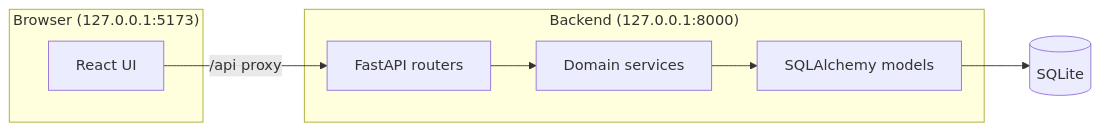
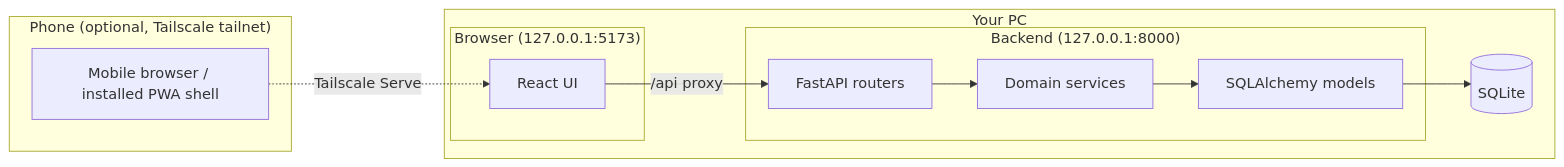
Before and after one commit to WUBBBZZZ/planforge: the diagram in README.md, drawn with Mermaid. The commit also changed other lines of this file, not shown here.

````diff
--- a/README.md
+++ b/README.md
@@ -15,17 +51,23 @@
 ```mermaid
 flowchart LR
-  subgraph browser["Browser (127.0.0.1:5173)"]
-    UI[React UI]
+  subgraph phone["Phone (optional, Tailscale tailnet)"]
+    MobileUI[Mobile browser / installed PWA shell]
   end
-  subgraph api["Backend (127.0.0.1:8000)"]
-    Routes[FastAPI routers]
-    Services[Domain services]
-    ORM[SQLAlchemy models]
+  subgraph desktop["Your PC"]
+    subgraph browser["Browser (127.0.0.1:5173)"]
+      UI[React UI]
+    end
+    subgraph api["Backend (127.0.0.1:8000)"]
+      Routes[FastAPI routers]
+      Services[Domain services]
+      ORM[SQLAlchemy models]
+    end
+    DB[(SQLite)]
   end
-  DB[(SQLite)]
 
+  MobileUI -.->|Tailscale Serve| UI
   UI -->|"/api proxy"| Routes
   Routes --> Services
   Services --> ORM
   ORM --> DB
 ```
````
